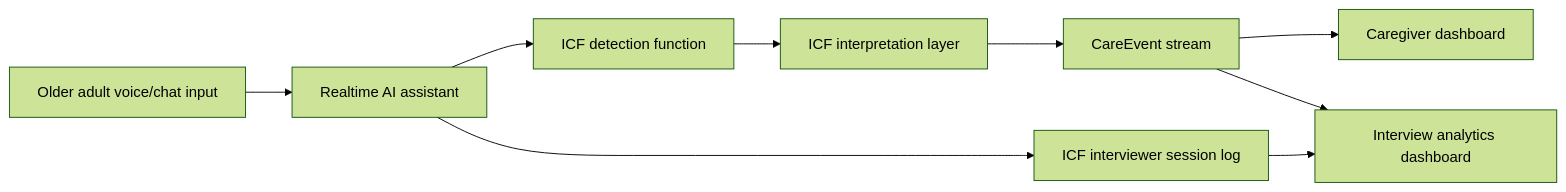
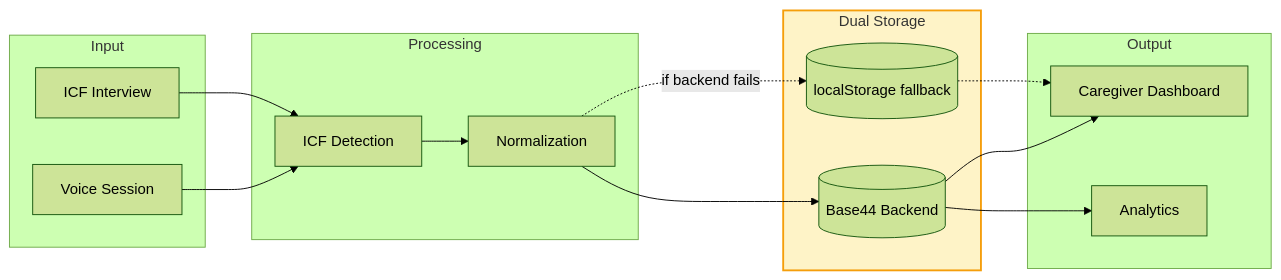
One commit to avivlyweb/prettig-thuis changed the third of 3 diagrams in README.md. Above: the diagram before and after it, drawn with Mermaid (forest theme). The commit also changed other lines of this file, not shown here.

Commit message:
Enhance README with architecture diagrams, feature visuals, and data flow documentation

````diff
--- a/README.md
+++ b/README.md
@@ -22,11 +254,32 @@
 ```mermaid
 flowchart LR
-  A[Older adult voice/chat input] --> B[Realtime AI assistant]
-  B --> C[ICF detection function]
-  C --> D[ICF interpretation layer]
-  D --> E[CareEvent stream]
-  E --> F[Caregiver dashboard]
-  E --> G[Interview analytics dashboard]
-  B --> H[ICF interviewer session log]
-  H --> G
+    subgraph Input
+        V[Voice Session]
+        I[ICF Interview]
+    end
+
+    subgraph Processing
+        D[ICF Detection]
+        N[Normalization]
+    end
+
+    subgraph Storage["Dual Storage"]
+        B[(Base44 Backend)]
+        L[(localStorage fallback)]
+    end
+
+    subgraph Output
+        C[Caregiver Dashboard]
+        A[Analytics]
+    end
+
+    V --> D --> N
+    I --> D
+    N --> B
+    N -.->|if backend fails| L
+    B --> C
+    B --> A
+    L -.-> C
+
+    style Storage fill:#FEF3C7,stroke:#F59E0B,stroke-width:2px
 ```
````
